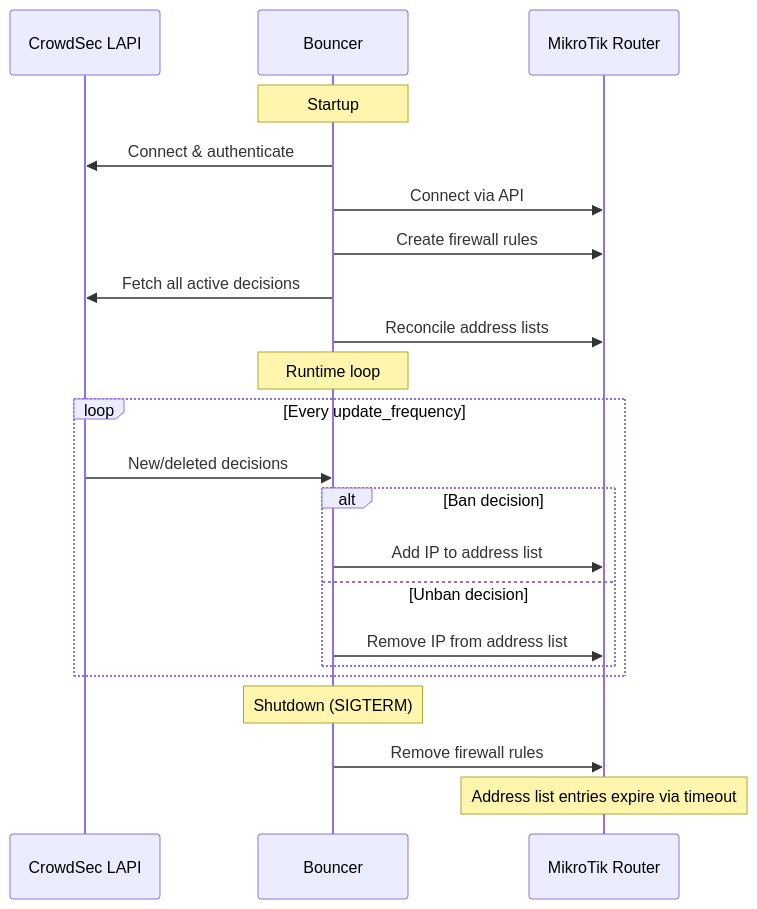
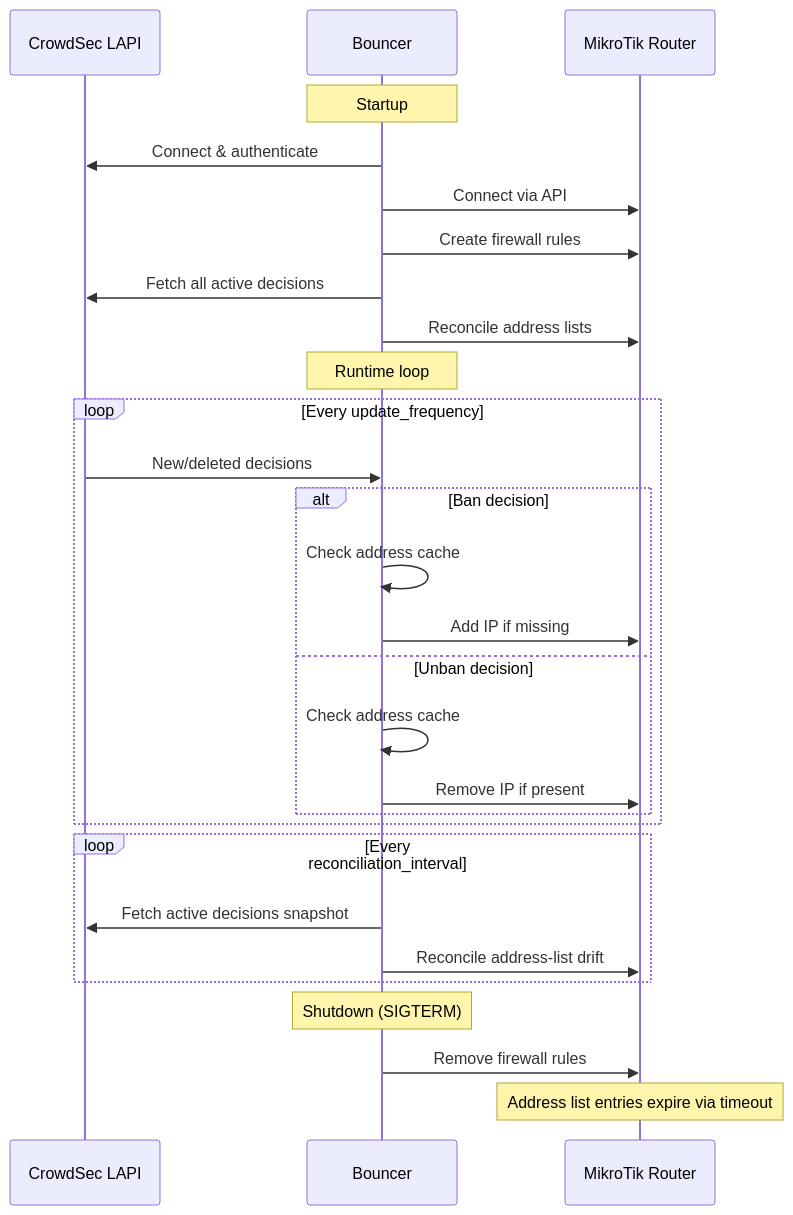
One commit to jmrplens/cs-routeros-bouncer changed the second of 2 diagrams in docs/src/content/docs/architecture/index.mdx. Above: the diagram before and after it, drawn with Mermaid. The commit also changed other lines of this file and 34 other files, not shown here.

````diff
--- a/docs/src/content/docs/architecture/index.mdx
+++ b/docs/src/content/docs/architecture/index.mdx
@@ -49,27 +49,34 @@
 ```mermaid
 sequenceDiagram
     participant CS as CrowdSec LAPI
     participant B as Bouncer
     participant MT as MikroTik Router
 
     Note over B: Startup
     B->>CS: Connect & authenticate
     B->>MT: Connect via API
     B->>MT: Create firewall rules
     B->>CS: Fetch all active decisions
     B->>MT: Reconcile address lists
 
     Note over B: Runtime loop
     loop Every update_frequency
         CS->>B: New/deleted decisions
         alt Ban decision
-            B->>MT: Add IP to address list
+            B->>B: Check address cache
+            B->>MT: Add IP if missing
         else Unban decision
-            B->>MT: Remove IP from address list
+            B->>B: Check address cache
+            B->>MT: Remove IP if present
         end
+    end
+
+    loop Every reconciliation_interval
+        B->>CS: Fetch active decisions snapshot
+        B->>MT: Reconcile address-list drift
     end
 
     Note over B: Shutdown (SIGTERM)
     B->>MT: Remove firewall rules
     Note over MT: Address list entries expire via timeout
 ```
````
